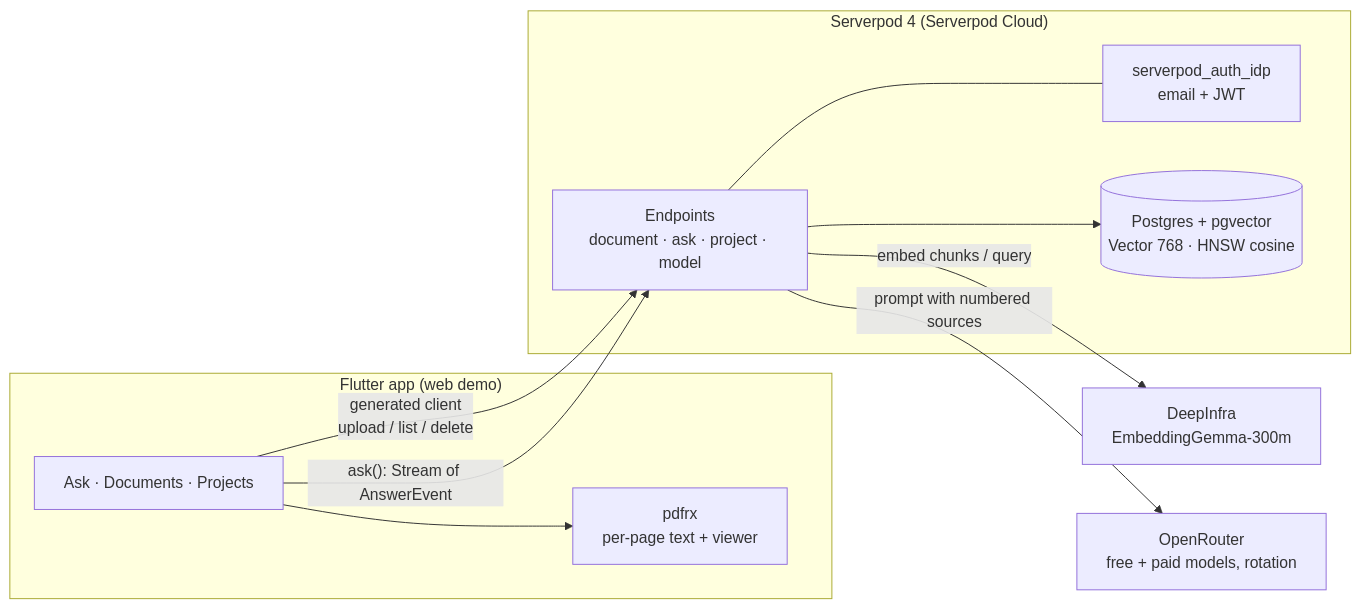
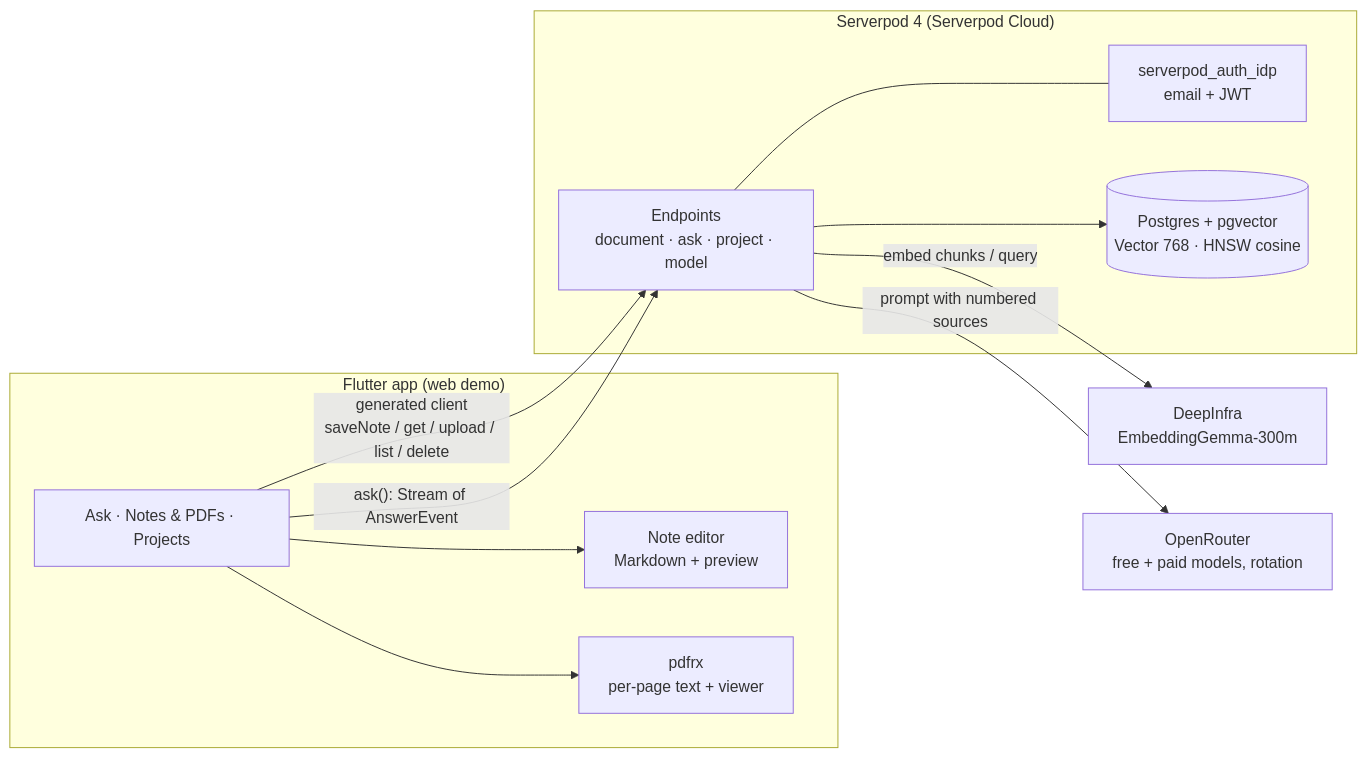
The diagram in README.md (biyott/pageblink), drawn with Mermaid before and after one commit. The commit also changed other lines of this file and 14 other files, not shown here.

First line of the commit message:
feat: store original PDFs in cloud storage, delete notes/PDFs, docs for notes scope

````diff
--- a/README.md
+++ b/README.md
@@ -47,24 +51,26 @@
 ```mermaid
 flowchart LR
   subgraph App["Flutter app (web demo)"]
-    UI[Ask · Documents · Projects]
+    UI[Ask · Notes & PDFs · Projects]
+    ED[Note editor<br/>Markdown + preview]
     PDF[pdfrx<br/>per-page text + viewer]
   end
 
   subgraph SP["Serverpod 4 (Serverpod Cloud)"]
     EP["Endpoints<br/>document · ask · project · model"]
     AUTH[serverpod_auth_idp<br/>email + JWT]
     DB[(Postgres + pgvector<br/>Vector 768 · HNSW cosine)]
     EP --> DB
     EP --- AUTH
   end
 
   EMB[DeepInfra<br/>EmbeddingGemma-300m]
   LLM[OpenRouter<br/>free + paid models, rotation]
 
+  UI --> ED
   UI --> PDF
-  UI -- "generated client<br/>upload / list / delete" --> EP
+  UI -- "generated client<br/>saveNote / get / upload / list / delete" --> EP
   UI -- "ask(): Stream of AnswerEvent" --> EP
   EP -- "embed chunks / query" --> EMB
   EP -- "prompt with numbered sources" --> LLM
 ```
````
